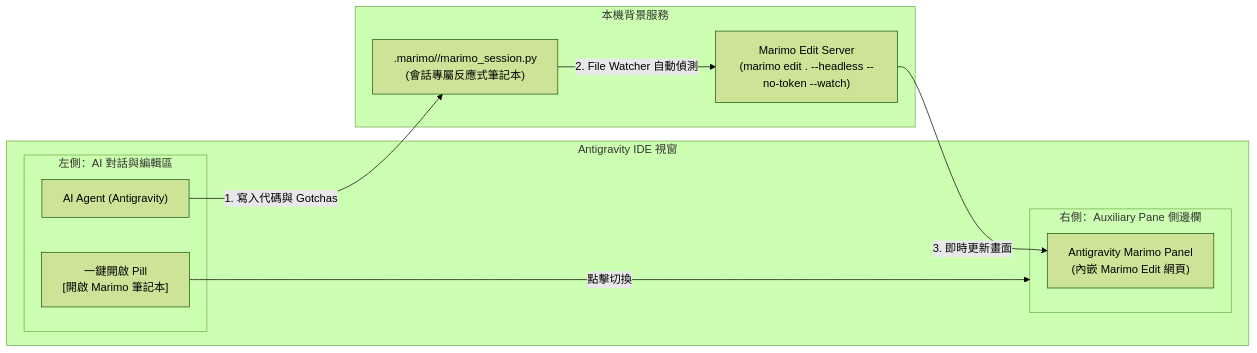
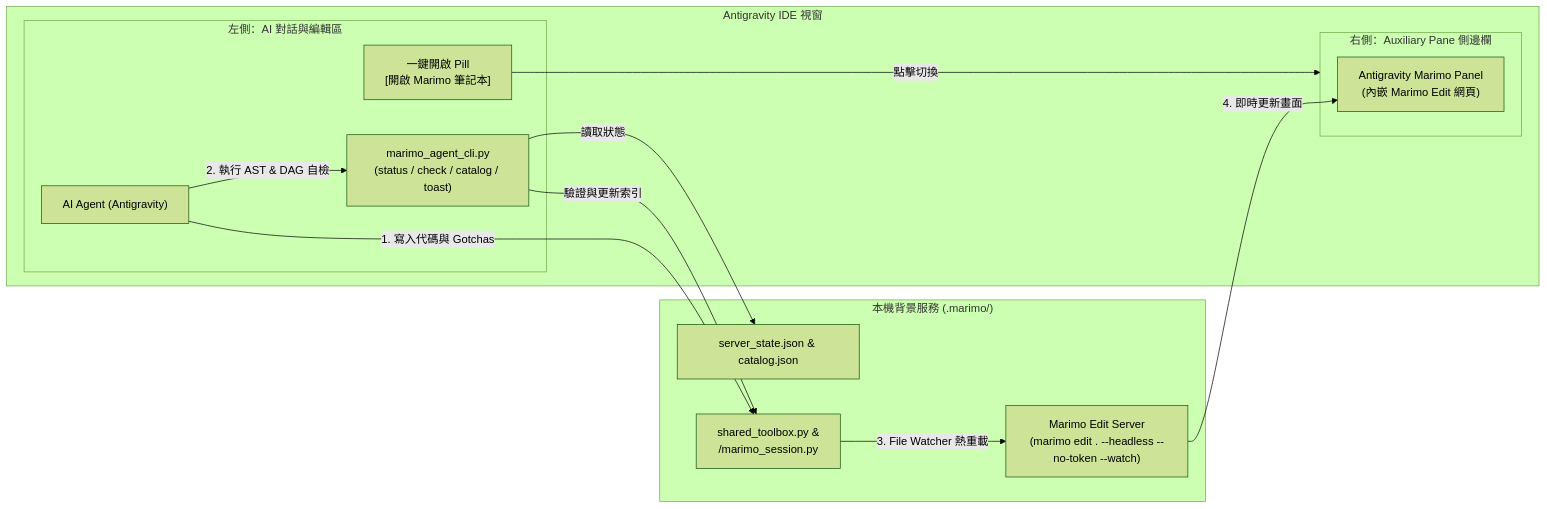
The diagram in README.md (arco651749/antigravity-marimo), drawn with Mermaid (forest theme) before and after one commit. The commit also changed other lines of this file and 4 other files, not shown here.

Commit message:
feat(agent-loop): add closed-loop marimo_agent_cli, shared_toolbox, server_state.json, venv discovery, and stdout guard

````diff
--- a/README.md
+++ b/README.md
@@ -35,23 +32,28 @@
 ```mermaid
 flowchart LR
     subgraph AntigravityIDE["Antigravity IDE 視窗"]
         subgraph ChatPane["左側：AI 對話與編輯區"]
             Agent["AI Agent (Antigravity)"]
+            AgentCLI["marimo_agent_cli.py\n(status / check / catalog / toast)"]
             PillLink["一鍵開啟 Pill\n[開啟 Marimo 筆記本]"]
         end
 
         subgraph SidePane["右側：Auxiliary Pane 側邊欄"]
             SidecarPanel["Antigravity Marimo Panel\n(內嵌 Marimo Edit 網頁)"]
         end
     end
 
-    subgraph LocalServices["本機背景服務"]
-        NotebookFile[".marimo/<session_id>/marimo_session.py\n(會話專屬反應式筆記本)"]
+    subgraph LocalServices["本機背景服務 (.marimo/)"]
+        StateFiles["server_state.json & catalog.json"]
+        Notebooks["shared_toolbox.py &\n<session_id>/marimo_session.py"]
         MarimoServer["Marimo Edit Server\n(marimo edit . --headless --no-token --watch)"]
     end
 
-    Agent -->|1. 寫入代碼與 Gotchas| NotebookFile
-    NotebookFile -->|2. File Watcher 自動偵測| MarimoServer
-    MarimoServer -->|3. 即時更新畫面| SidecarPanel
+    Agent -->|1. 寫入代碼與 Gotchas| Notebooks
+    Agent -->|2. 執行 AST & DAG 自檢| AgentCLI
+    AgentCLI -->|驗證與更新索引| Notebooks
+    AgentCLI -->|讀取狀態| StateFiles
+    Notebooks -->|3. File Watcher 熱重載| MarimoServer
+    MarimoServer -->|4. 即時更新畫面| SidecarPanel
     PillLink -->|點擊切換| SidePane
 ```
````
